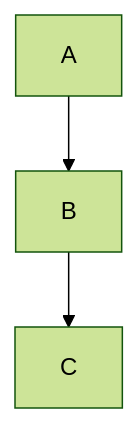
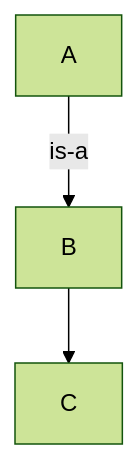
Before and after one commit to chanduujjina/JSE_Practice_2025_B1: the second of 5 diagrams in TypesOfInheritance.md, drawn with Mermaid (forest theme). The commit also changed other lines of this file, not shown here.

````diff
--- a/TypesOfInheritance.md
+++ b/TypesOfInheritance.md
@@ -13,6 +13,6 @@
 ```mermaid
 graph TD;
-    A-->B;
+    A-->|is-a|B;
     B-->C
     
 ```
````
